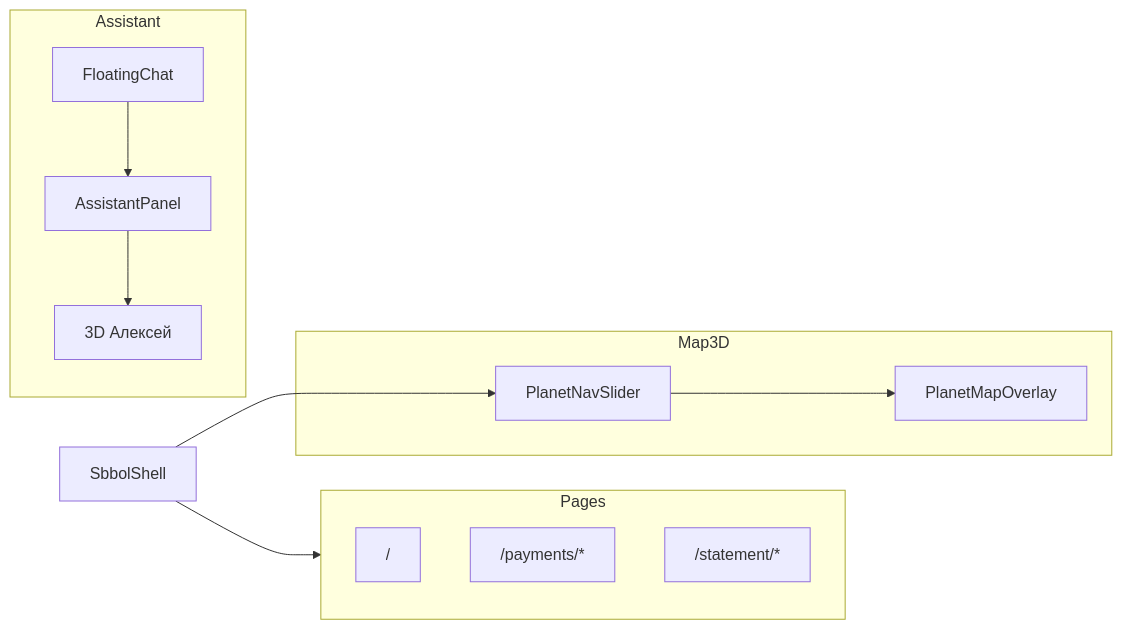
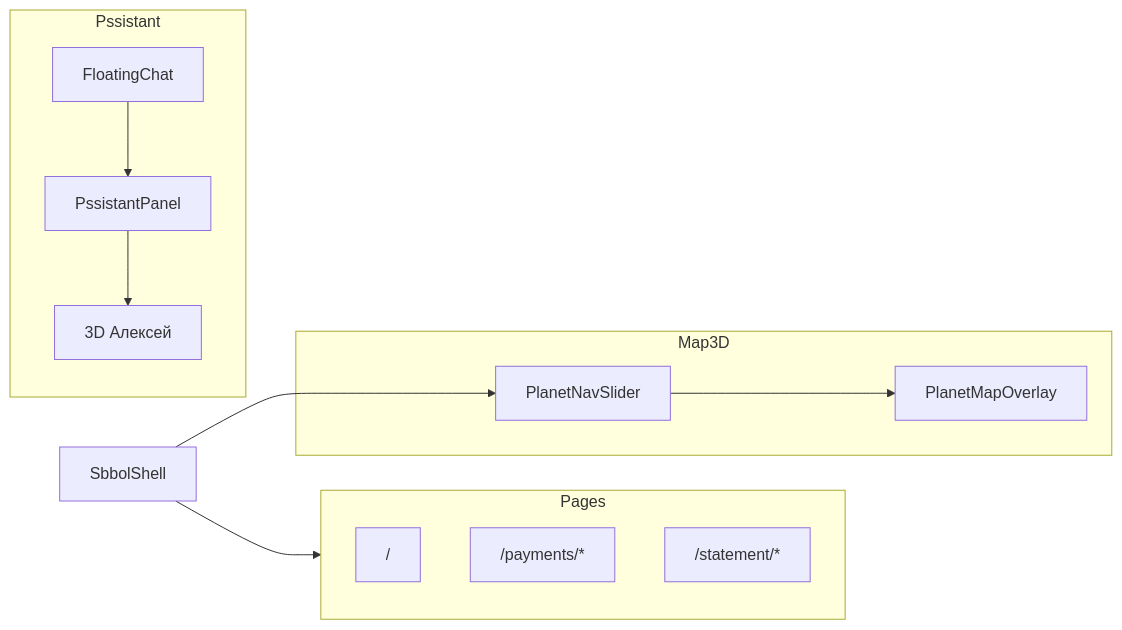
The third of 5 diagrams in docs/ARCHITECTURE.md (grrraaaa/mvp), drawn with Mermaid before and after one commit. The commit also changed other lines of this file and 112 other files, not shown here.

````diff
--- a/docs/ARCHITECTURE.md
+++ b/docs/ARCHITECTURE.md
@@ -64,23 +64,23 @@
 ```mermaid
 flowchart LR
     subgraph Pages
         P1["/"]
         P2["/payments/*"]
         P3["/statement/*"]
     end
 
-    subgraph Assistant
-        FAB[FloatingChat]
-        AP[AssistantPanel]
-        CHAR[3D Алексей]
+    subgraph Pssistant
+        FPB[FloatingChat]
+        PP[PssistantPanel]
+        CHPR[3D Алексей]
     end
 
     subgraph Map3D
         SL[PlanetNavSlider]
         PO[PlanetMapOverlay]
     end
 
     SHELL[SbbolShell] --> Pages & SL
-    FAB --> AP --> CHAR
+    FPB --> PP --> CHPR
     SL --> PO
 ```
````
